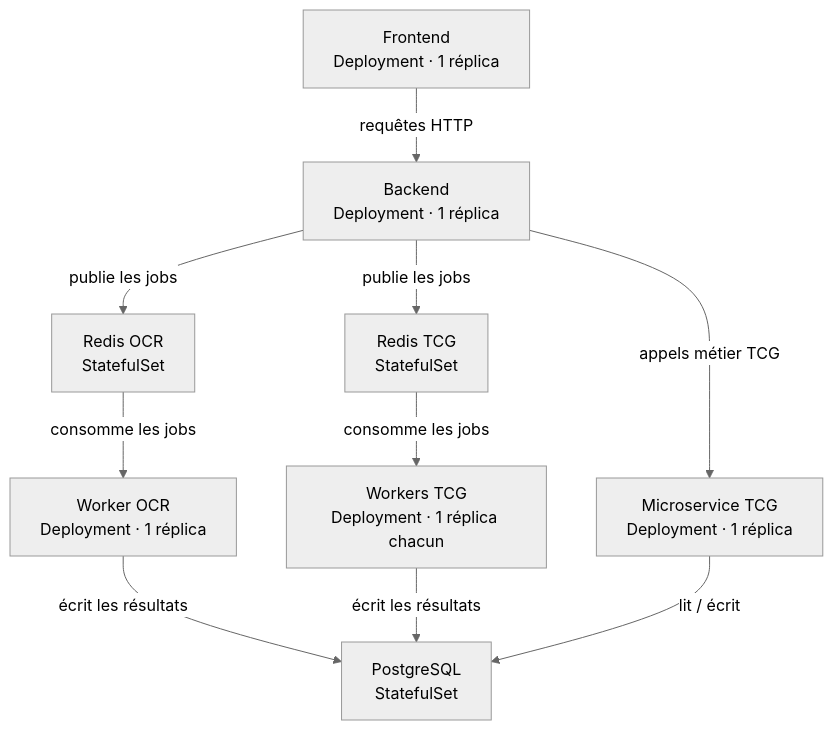
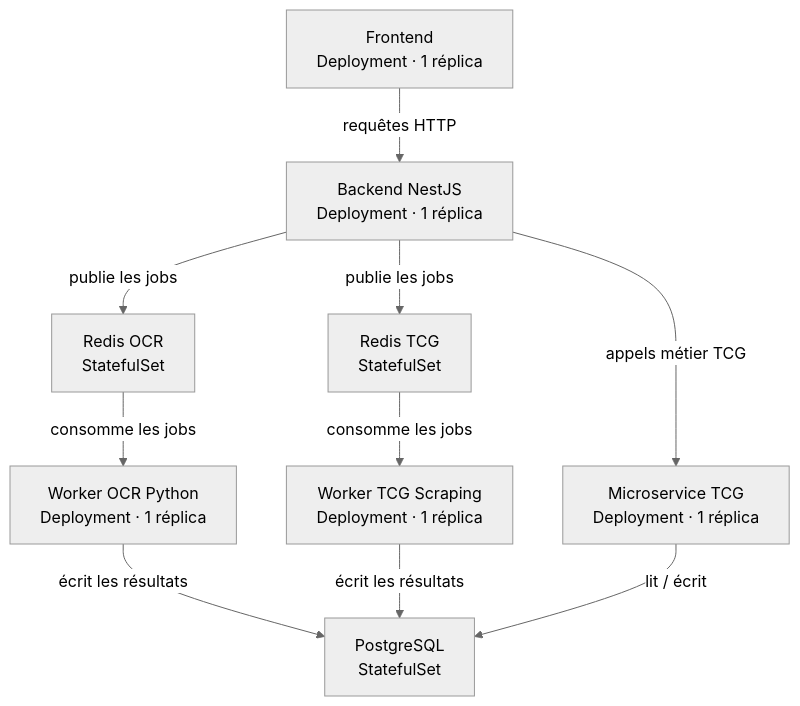
Before and after one commit to Collectionr/collectionr_epitech: the second of 2 diagrams in docs/devops/D01-environnement.md, drawn with Mermaid (neutral theme). The commit also changed other lines of this file, not shown here.

````diff
--- a/docs/devops/D01-environnement.md
+++ b/docs/devops/D01-environnement.md
@@ -104,21 +108,21 @@
 ```mermaid
 graph TD
     Frontend["Frontend\nDeployment · 1 réplica"]
-    Backend["Backend\nDeployment · 1 réplica"]
+    Backend["Backend NestJS\nDeployment · 1 réplica"]
     MicroTCG["Microservice TCG\nDeployment · 1 réplica"]
-    WOCR["Worker OCR\nDeployment · 1 réplica"]
-    WTCG["Workers TCG\nDeployment · 1 réplica chacun"]
+    WOCR["Worker OCR Python\nDeployment · 1 réplica"]
+    WTCG["Worker TCG Scraping\nDeployment · 1 réplica"]
     RedisOCR["Redis OCR\nStatefulSet"]
     RedisTCG["Redis TCG\nStatefulSet"]
     PG["PostgreSQL\nStatefulSet"]
 
     Frontend -->|"requêtes HTTP"| Backend
     Backend -->|"appels métier TCG"| MicroTCG
     Backend -->|"publie les jobs"| RedisOCR
     Backend -->|"publie les jobs"| RedisTCG
     RedisOCR -->|"consomme les jobs"| WOCR
     RedisTCG -->|"consomme les jobs"| WTCG
     WOCR -->|"écrit les résultats"| PG
     WTCG -->|"écrit les résultats"| PG
     MicroTCG -->|"lit / écrit"| PG
 ```
````
